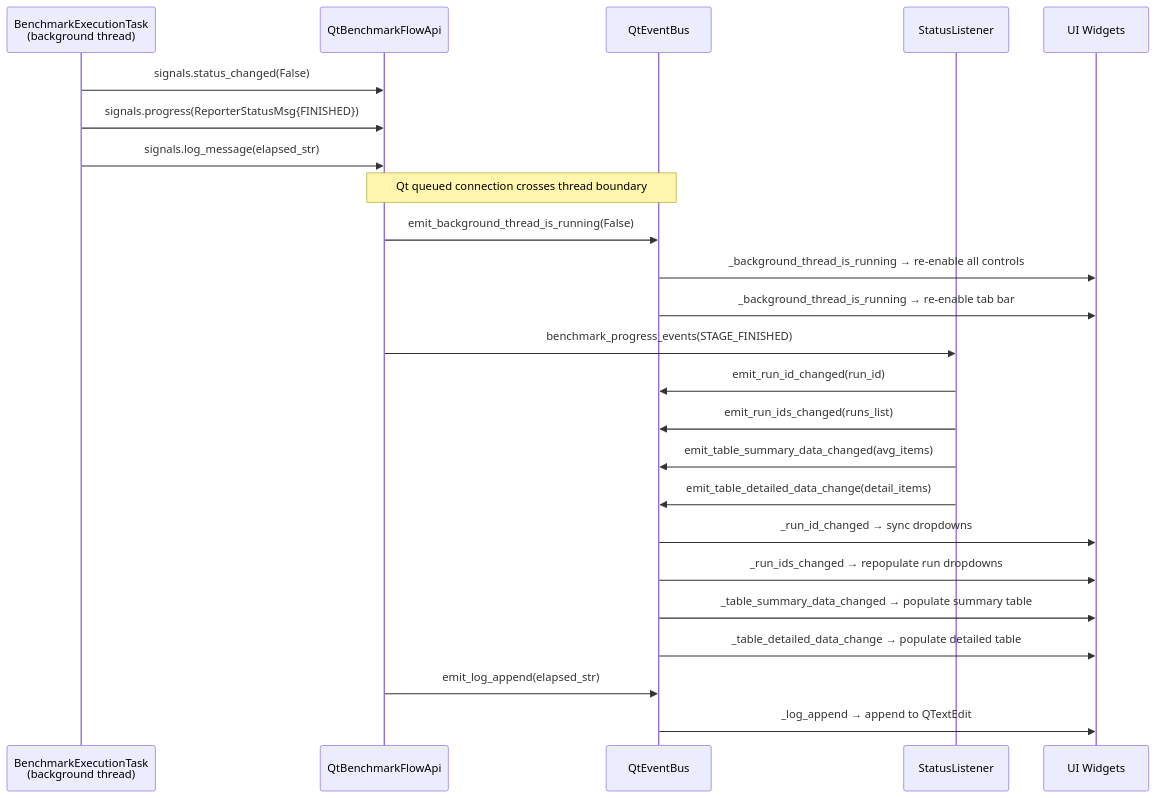
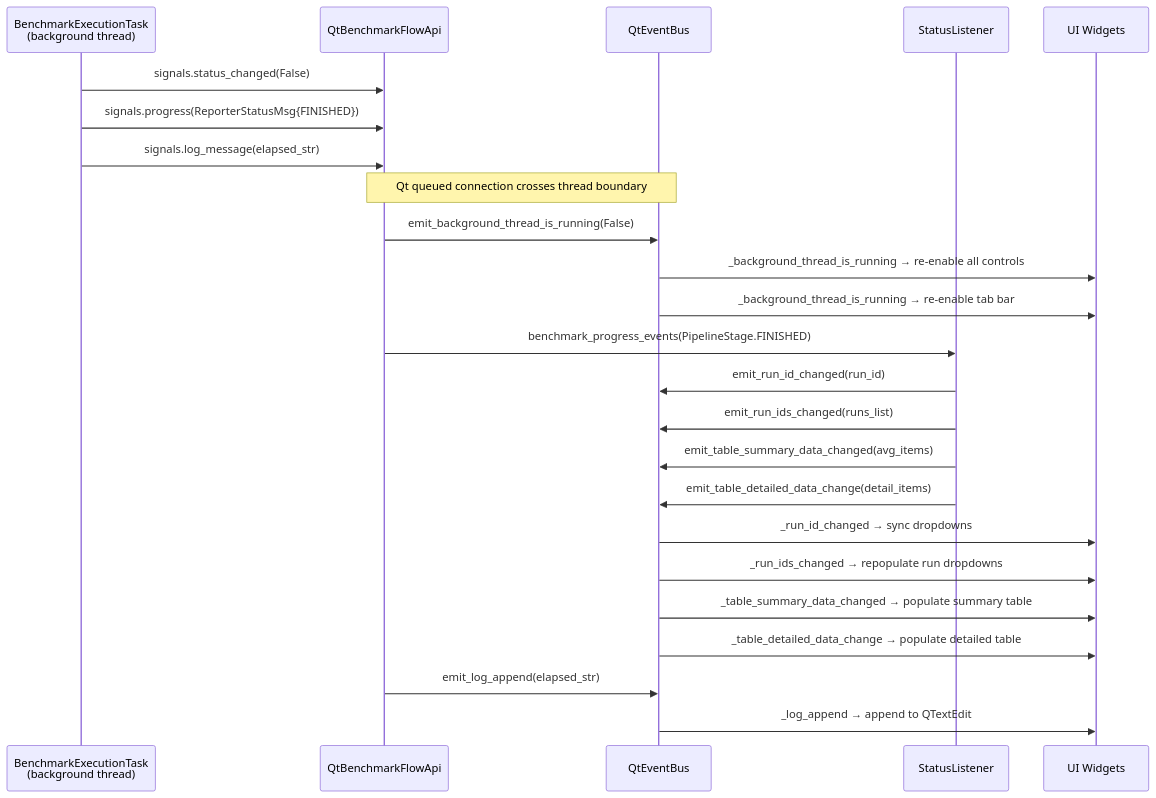
One commit to sanyokkua/ollama_llm_bench changed the second of 2 diagrams in .claude/architecture.md. Above: the diagram before and after it, drawn with Mermaid. The commit also changed other lines of this file and 202 other files, not shown here.

````diff
--- a/.claude/architecture.md
+++ b/.claude/architecture.md
@@ -147,32 +159,32 @@
 ```mermaid
 sequenceDiagram
     participant BET as BenchmarkExecutionTask<br/>(background thread)
     participant QBFA as QtBenchmarkFlowApi
     participant EB as QtEventBus
     participant SL as StatusListener
     participant UI as UI Widgets
 
     BET->>QBFA: signals.status_changed(False)
     BET->>QBFA: signals.progress(ReporterStatusMsg{FINISHED})
     BET->>QBFA: signals.log_message(elapsed_str)
 
     Note over QBFA,EB: Qt queued connection crosses thread boundary
 
     QBFA->>EB: emit_background_thread_is_running(False)
     EB->>UI: _background_thread_is_running → re-enable all controls
     EB->>UI: _background_thread_is_running → re-enable tab bar
 
-    QBFA->>SL: benchmark_progress_events(STAGE_FINISHED)
+    QBFA->>SL: benchmark_progress_events(PipelineStage.FINISHED)
     SL->>EB: emit_run_id_changed(run_id)
     SL->>EB: emit_run_ids_changed(runs_list)
     SL->>EB: emit_table_summary_data_changed(avg_items)
     SL->>EB: emit_table_detailed_data_change(detail_items)
 
     EB->>UI: _run_id_changed → sync dropdowns
     EB->>UI: _run_ids_changed → repopulate run dropdowns
     EB->>UI: _table_summary_data_changed → populate summary table
     EB->>UI: _table_detailed_data_change → populate detailed table
 
     QBFA->>EB: emit_log_append(elapsed_str)
     EB->>UI: _log_append → append to QTextEdit
 ```
````
